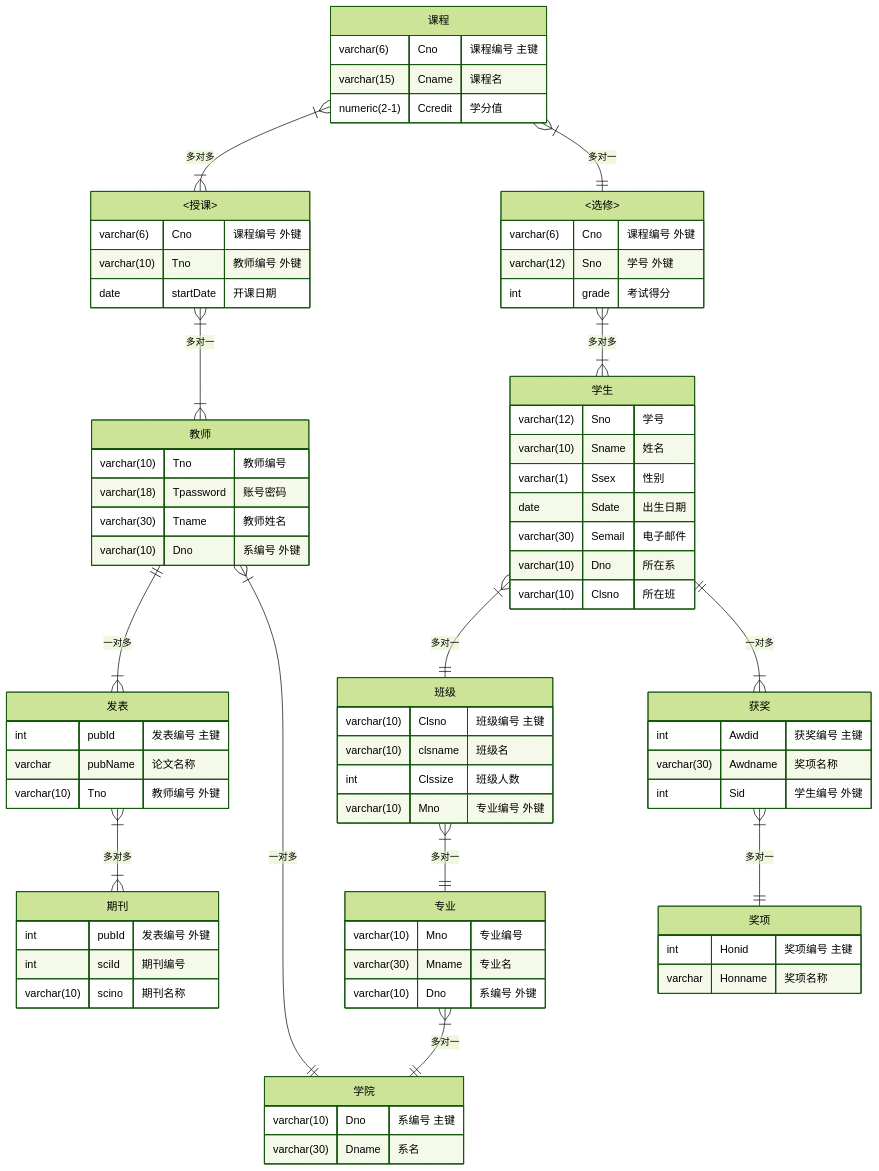
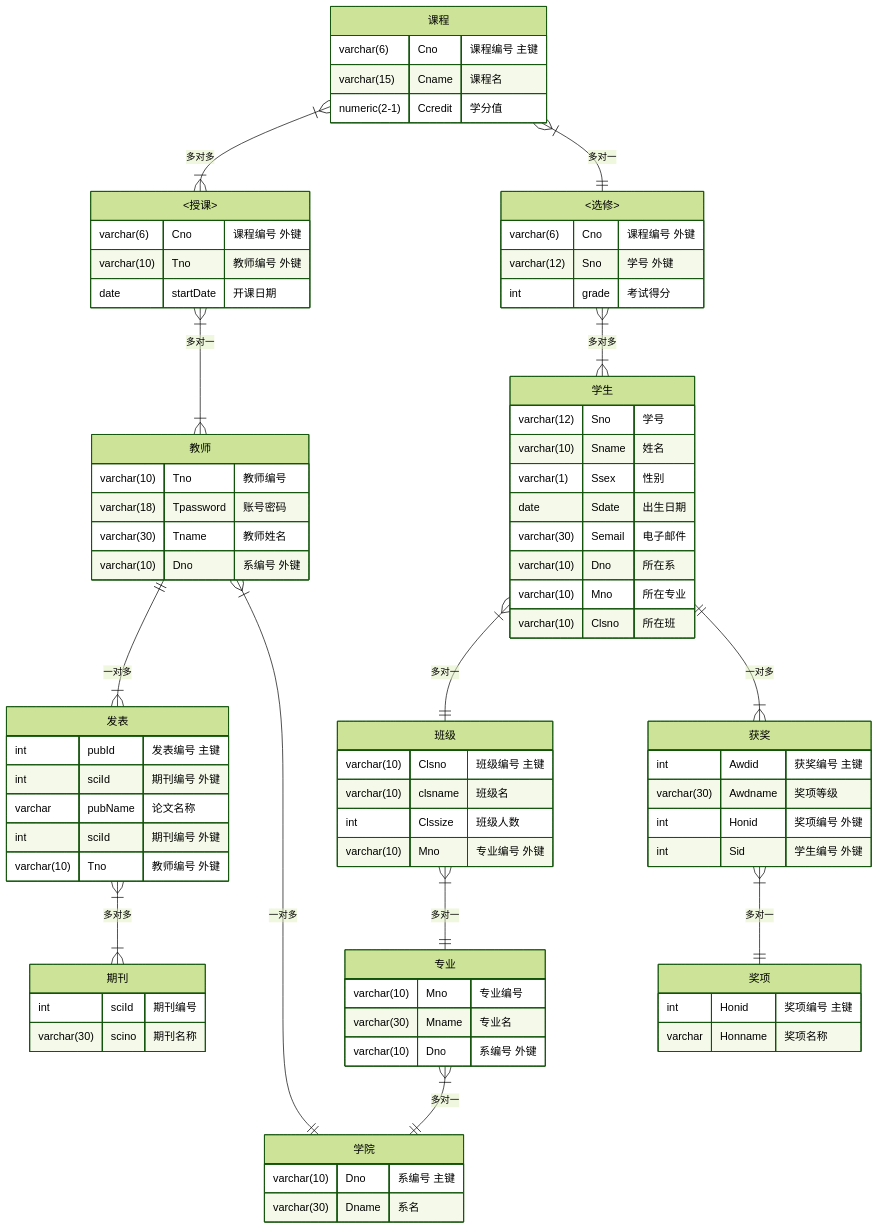
Before and after one commit to dreamyunight/SmsDB_PHP: the diagram in README.md, drawn with Mermaid (forest theme). The commit also changed other lines of this file, not shown here.

````diff
--- a/README.md
+++ b/README.md
@@ -128,79 +130,82 @@
 ```mermaid
 erDiagram
     course["课程"] {
         varchar(6) Cno "课程编号 主键"
         varchar(15) Cname "课程名"
         numeric(2-1) Ccredit "学分值"
     }
     giveLessons["<授课>"] {
         varchar(6) Cno "课程编号 外键"
         varchar(10) Tno "教师编号 外键"
         date startDate "开课日期"
     }
     teacher["教师"] {
         varchar(10) Tno "教师编号"
         varchar(18) Tpassword "账号密码" 
         varchar(30) Tname "教师姓名"
         varchar(10) Dno "系编号 外键"
     }
     dept["学院"] {
         varchar(10) Dno "系编号 主键"
         varchar(30) Dname "系名"
     }
     major["专业"] {
         varchar(10) Mno "专业编号"
         varchar(30) Mname "专业名"
         varchar(10) Dno "系编号 外键"
     }
     classes["班级"] {
         varchar(10) Clsno "班级编号 主键"
         varchar(10) clsname "班级名"
         int Clssize "班级人数"
         varchar(10) Mno "专业编号 外键"
     }
     student["学生"] {
         varchar(12) Sno "学号"
         varchar(10) Sname "姓名"
         varchar(1) Ssex "性别"
         date Sdate "出生日期"
         varchar(30) Semail "电子邮件"
         varchar(10) Dno "所在系"
+        varchar(10) Mno "所在专业"
         varchar(10) Clsno "所在班"
     }
     electives["<选修>"] {
         varchar(6) Cno "课程编号 外键"
         varchar(12) Sno "学号 外键"
         int grade "考试得分"
     }
     awd["获奖"] {
         int Awdid "获奖编号 主键"
-        varchar(30) Awdname "奖项名称"
+        varchar(30) Awdname "奖项等级"
+        int Honid "奖项编号 外键"
         int Sid "学生编号 外键"
     }
     honors["奖项"] {
         int Honid "奖项编号 主键"
         varchar Honname "奖项名称"
     }
     public["发表"] {
         int pubId "发表编号 主键"
+        int sciId "期刊编号 外键"
         varchar pubName "论文名称"
+        int sciId "期刊编号 外键"
         varchar(10) Tno "教师编号 外键"
     }
     sci["期刊"] {
-        int pubId "发表编号 外键"
         int sciId "期刊编号"
-        varchar(10) scino "期刊名称"
+        varchar(30) scino "期刊名称"
     }
     course }|--|{ giveLessons : "多对多" 
     giveLessons }|--|{ teacher : "多对一"
     teacher ||--|{ public : "一对多"
     public }|--|{ sci : "多对多"
     teacher }|--|| dept : "一对多"
     student }|--|| classes : "多对一"
     classes }|--|| major : "多对一"
     major }|--|| dept : "多对一"
     course }|--|| electives : "多对一"
     electives }|--|{ student : "多对多"
     student ||--|{ awd : "一对多"
     awd }|--|| honors : "多对一"
 ```
````
